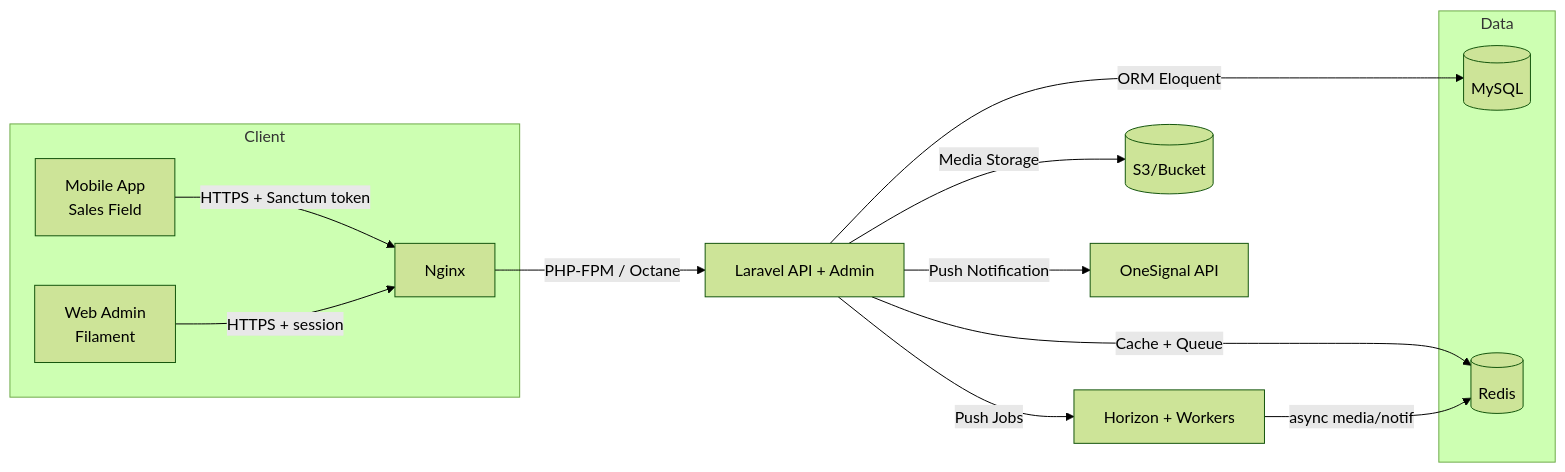
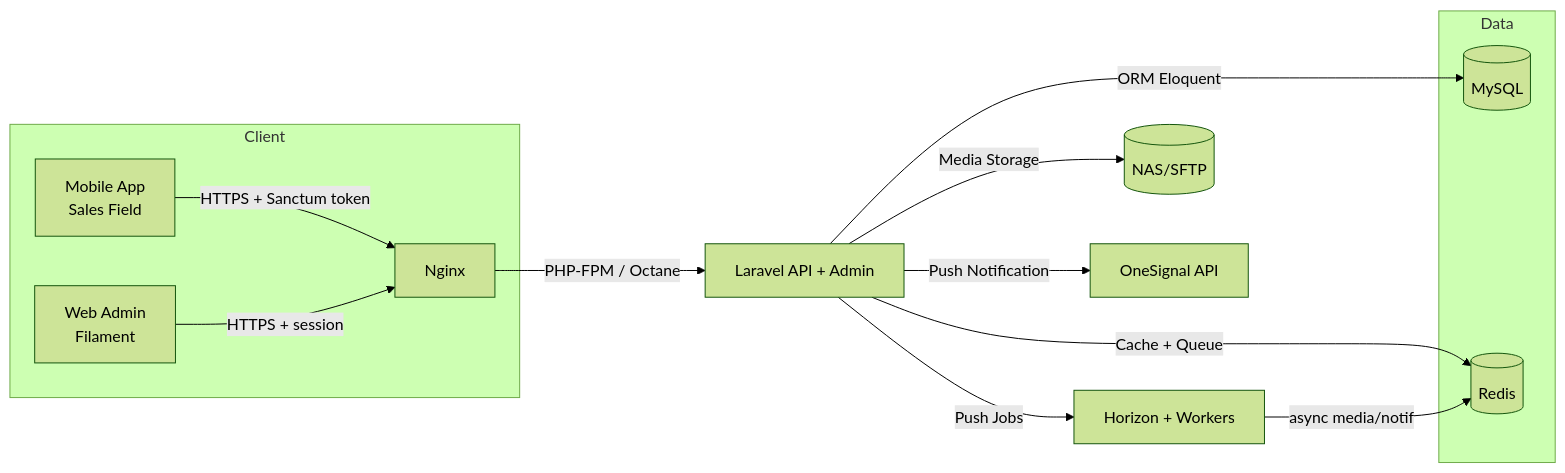
Before and after one commit to oceanspacedev/sam-web: the first of 3 diagrams in README.md, drawn with Mermaid (forest theme). The commit also changed other lines of this file and 11 other files, not shown here.

First line of the commit message:
feat(storage): implement NAS/SFTP support for file archiving and cloning

````diff
--- a/README.md
+++ b/README.md
@@ -7,22 +7,22 @@
 ```mermaid
 flowchart LR
   subgraph Client
     M[Mobile App<br/>Sales Field] -->|HTTPS + Sanctum token| N[Nginx]
     W[Web Admin<br/>Filament] -->|HTTPS + session| N
   end
 
   N -->|PHP-FPM / Octane| L[Laravel API + Admin]
 
   subgraph Data
     DB[(MySQL)]
     R[(Redis)]
   end
 
   L -->|ORM Eloquent| DB
   L -->|Cache + Queue| R
   L -->|Push Jobs| H[Horizon + Workers]
   H -->|async media/notif| R
 
-  L -->|Media Storage| S3[(S3/Bucket)]
+  L -->|Media Storage| NAS[(NAS/SFTP)]
   L -->|Push Notification| OS[OneSignal API]
 ```
````
